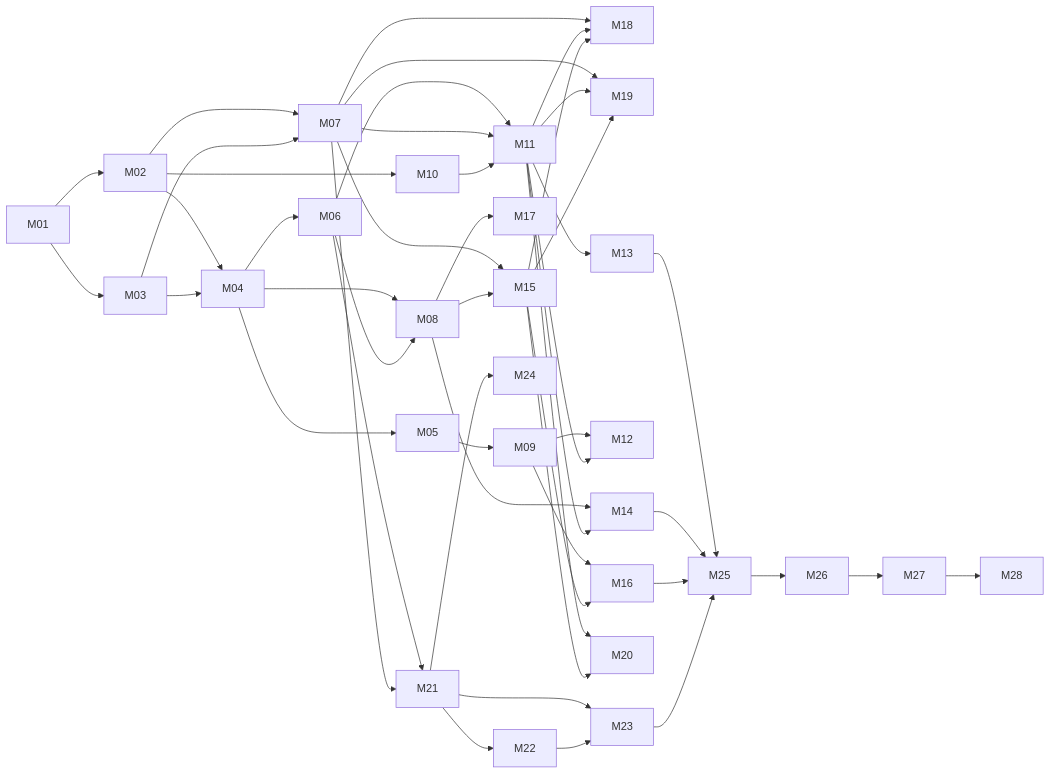
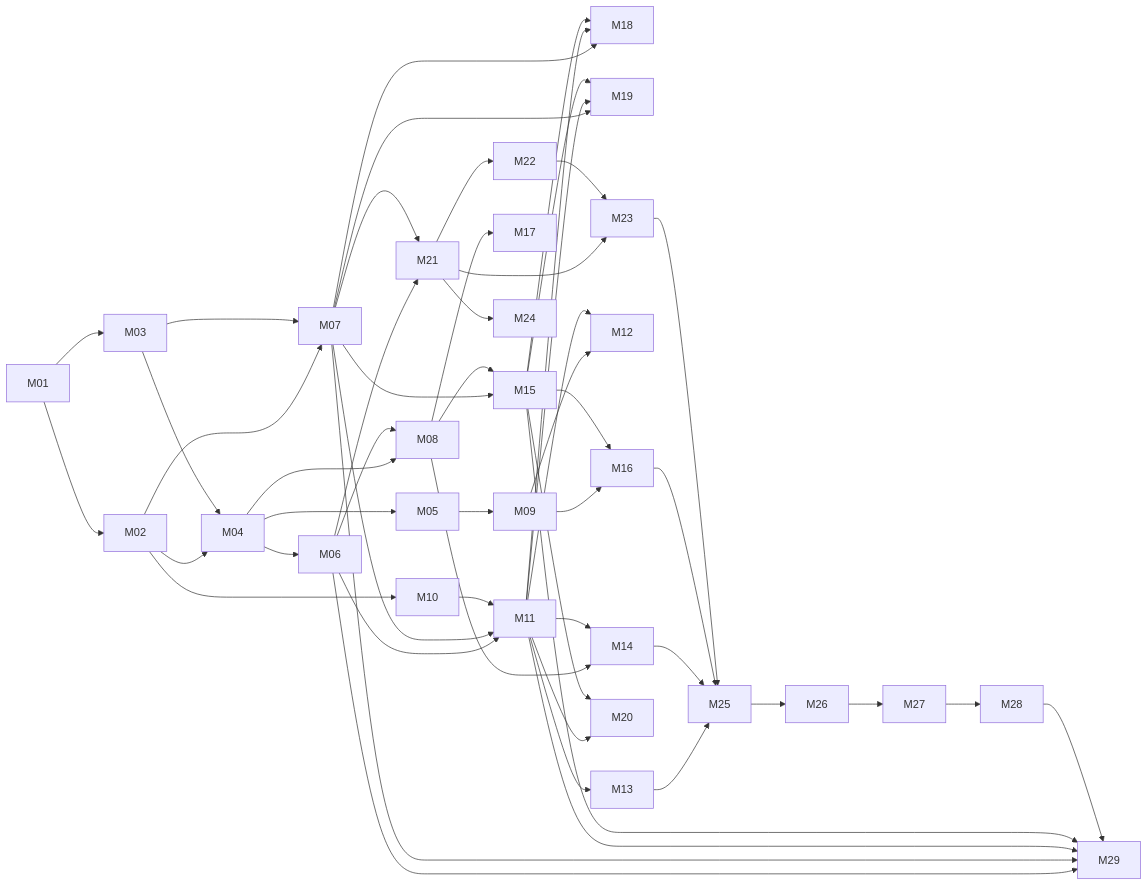
One commit to Underiger/Online-casino-on-Pi4 changed the diagram in 01to05/05_MILESTONES.md. Above: the diagram before and after it, drawn with Mermaid. The commit also changed other lines of this file and 4 other files, not shown here.

````diff
--- a/01to05/05_MILESTONES.md
+++ b/01to05/05_MILESTONES.md
@@ -62,19 +75,20 @@
 ```mermaid
 graph LR
   M01 --> M02 & M03
   M02 --> M04 & M07 & M10
   M03 --> M04 & M07
   M04 --> M05 & M06 & M08
   M05 --> M09
   M06 --> M08 & M11 & M21
   M07 --> M11 & M15 & M18 & M19 & M21
   M08 --> M14 & M15 & M17
   M09 --> M12 & M16
   M10 --> M11
   M11 --> M12 & M13 & M14 & M18 & M19 & M20
   M15 --> M16 & M18 & M19 & M20
   M21 --> M22 & M23 & M24
   M22 --> M23
   M13 & M14 & M16 & M23 --> M25
   M25 --> M26 --> M27 --> M28
+  M06 & M07 & M11 & M15 & M28 --> M29
 ```
````
